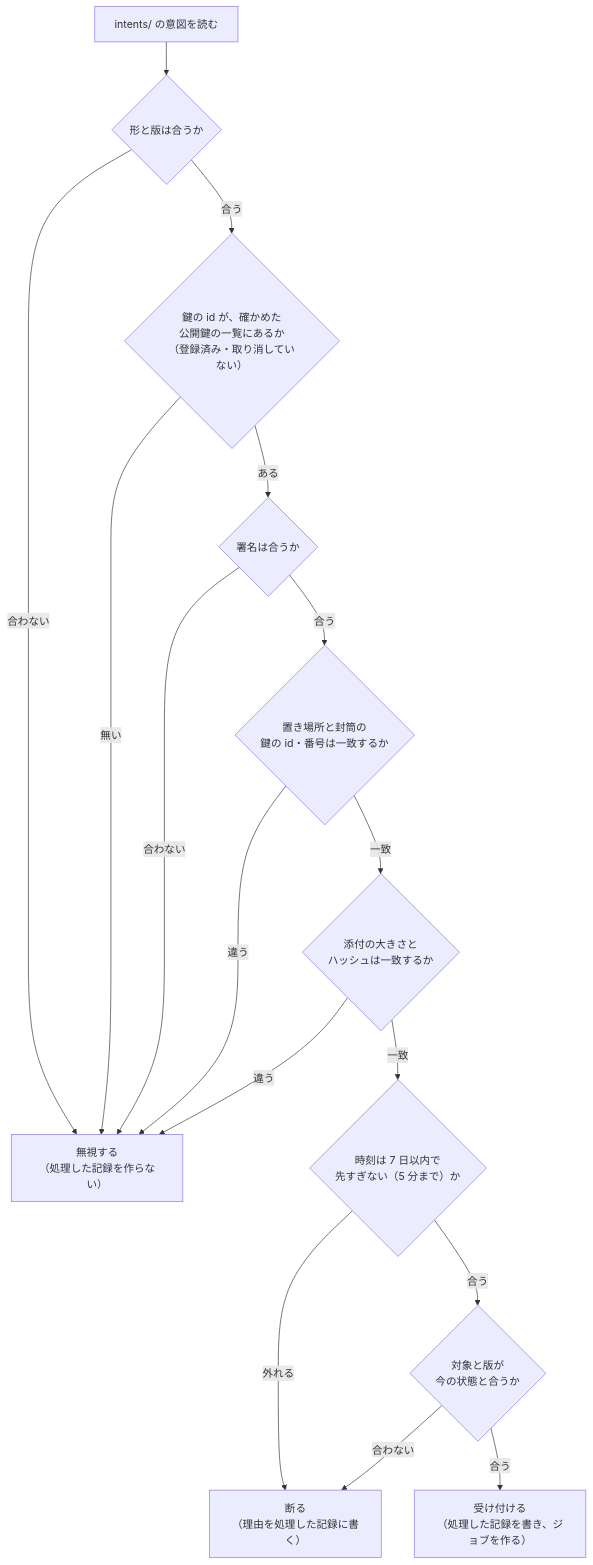
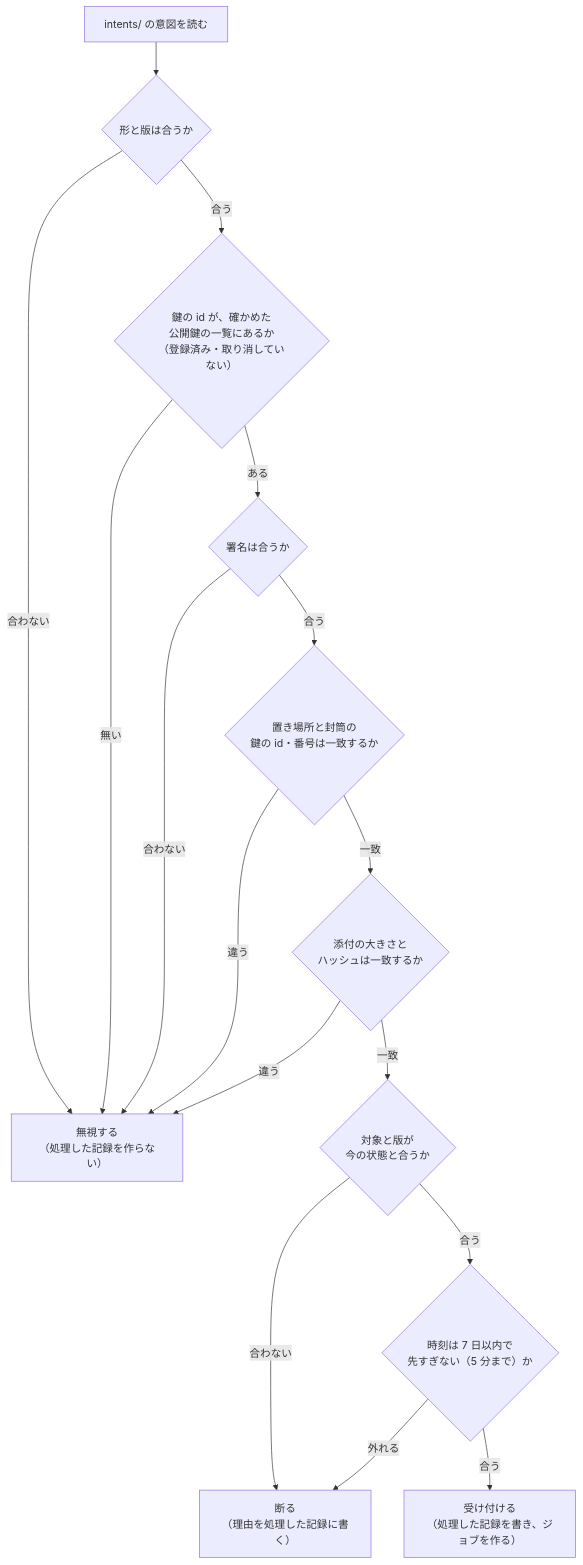
One commit to shilokuma-inc/ask-hub-apple changed the third of 5 diagrams in docs/renewal/signing-guide.md. Above: the diagram before and after it, drawn with Mermaid. The commit also changed other lines of this file, not shown here.

Commit message:
[docs] 署名の解説資料の確かめる順の図で、対象と版を時刻より先に確かめる

````diff
--- a/docs/renewal/signing-guide.md
+++ b/docs/renewal/signing-guide.md
@@ -155,18 +155,18 @@
 ```mermaid
 flowchart TD
   start["intents/ の意図を読む"] --> shape{"形と版は合うか"}
   shape -->|"合わない"| ignored["無視する<br>（処理した記録を作らない）"]
   shape -->|"合う"| key{"鍵の id が、確かめた<br>公開鍵の一覧にあるか<br>（登録済み・取り消していない）"}
   key -->|"無い"| ignored
   key -->|"ある"| sig{"署名は合うか"}
   sig -->|"合わない"| ignored
   sig -->|"合う"| place{"置き場所と封筒の<br>鍵の id・番号は一致するか"}
   place -->|"違う"| ignored
   place -->|"一致"| attach{"添付の大きさと<br>ハッシュは一致するか"}
   attach -->|"違う"| ignored
-  attach -->|"一致"| time{"時刻は 7 日以内で<br>先すぎない（5 分まで）か"}
-  time -->|"外れる"| rejected["断る<br>（理由を処理した記録に書く）"]
-  time -->|"合う"| target{"対象と版が<br>今の状態と合うか"}
-  target -->|"合わない"| rejected
-  target -->|"合う"| accepted["受け付ける<br>（処理した記録を書き、ジョブを作る）"]
+  attach -->|"一致"| target{"対象と版が<br>今の状態と合うか"}
+  target -->|"合わない"| rejected["断る<br>（理由を処理した記録に書く）"]
+  target -->|"合う"| time{"時刻は 7 日以内で<br>先すぎない（5 分まで）か"}
+  time -->|"外れる"| rejected
+  time -->|"合う"| accepted["受け付ける<br>（処理した記録を書き、ジョブを作る）"]
 ```
````
